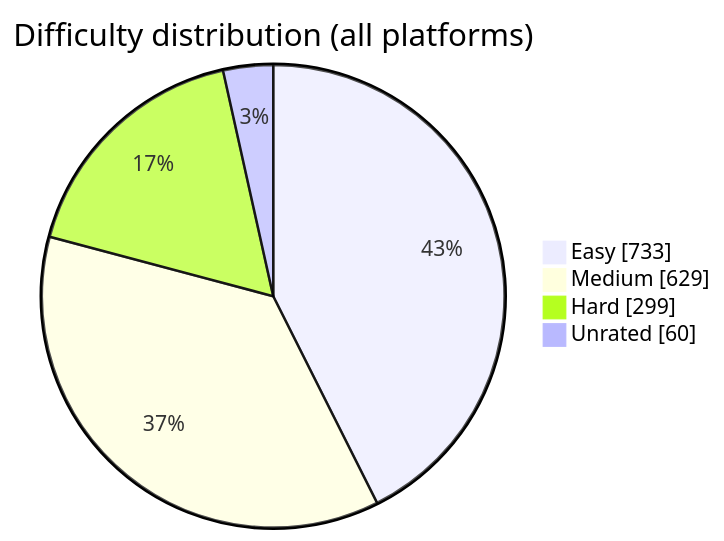
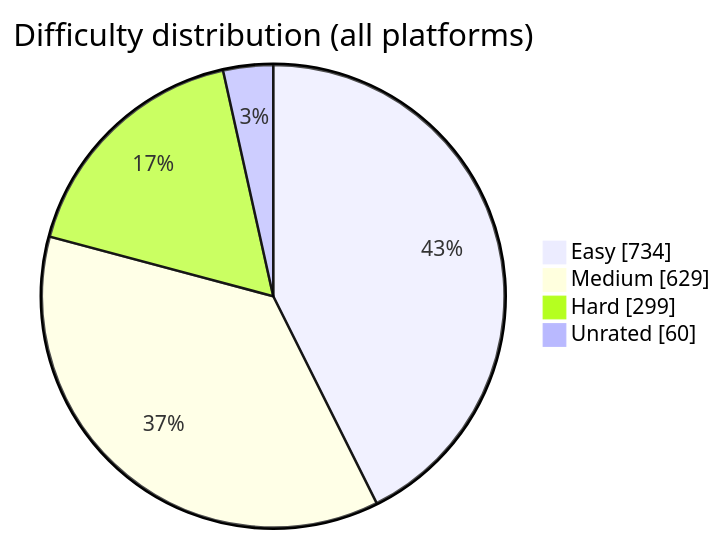
One commit to BuildbyArindam/Daily-Coding-Log changed the diagram in README.md. Above: the diagram before and after it, drawn with Mermaid. The commit also changed other lines of this file, not shown here.

````diff
--- a/README.md
+++ b/README.md
@@ -93,7 +93,7 @@
 ```mermaid
 pie showData title Difficulty distribution (all platforms)
-    "Easy" : 733
+    "Easy" : 734
     "Medium" : 629
     "Hard" : 299
     "Unrated" : 60
 ```
````
